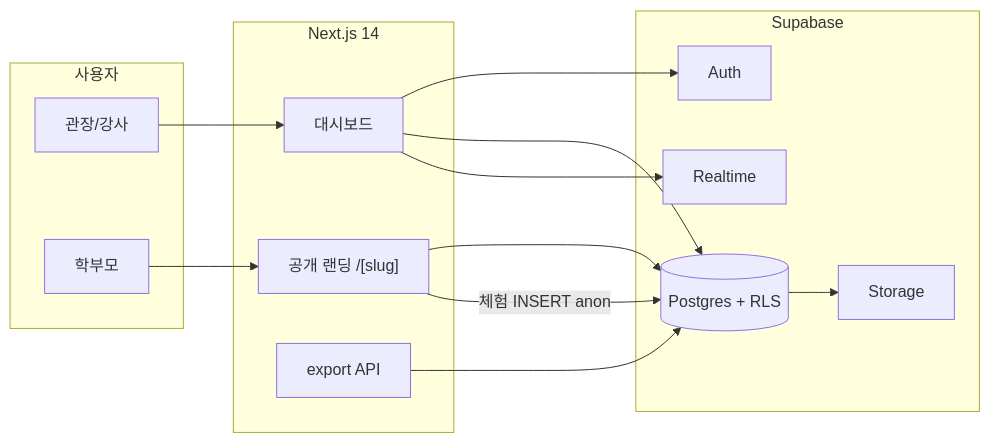
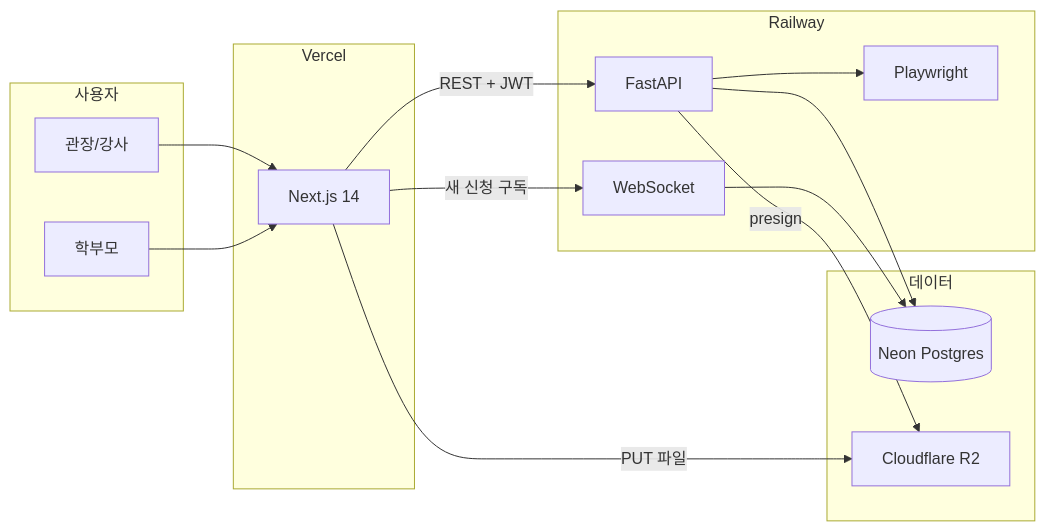
One commit to monenon-dev/pumsae changed the diagram in docs/프로젝트.md. Above: the diagram before and after it, drawn with Mermaid. The commit also changed other lines of this file and 70 other files, not shown here.

First line of the commit message:
feat: connect Next.js to FastAPI and drop Supabase

````diff
--- a/docs/프로젝트.md
+++ b/docs/프로젝트.md
@@ -102,30 +119,32 @@
 ```mermaid
 flowchart LR
   subgraph clients [사용자]
     Owner[관장/강사]
     Parent[학부모]
   end
 
-  subgraph next [Next.js 14]
-    Dash[대시보드]
-    Landing["공개 랜딩 /[slug]"]
-    Export["export API"]
+  subgraph vercel [Vercel]
+    Next[Next.js 14]
   end
 
-  subgraph supabase [Supabase]
-    Auth[Auth]
-    DB[(Postgres + RLS)]
-    RT[Realtime]
-    Storage[Storage]
+  subgraph railway [Railway]
+    API[FastAPI]
+    WS[WebSocket]
+    PW[Playwright]
   end
 
-  Owner --> Dash
-  Parent --> Landing
-  Dash --> Auth
-  Dash --> DB
-  Dash --> RT
-  Landing --> DB
-  Landing -->|"체험 INSERT anon"| DB
-  Export --> DB
-  DB --> Storage
+  subgraph data [데이터]
+    Neon[(Neon Postgres)]
+    R2[Cloudflare R2]
+  end
+
+  Owner --> Next
+  Parent --> Next
+  Next -->|"REST + JWT"| API
+  Next -->|"새 신청 구독"| WS
+  API --> Neon
+  API -->|"presign"| R2
+  Next -->|"PUT 파일"| R2
+  API --> PW
+  WS --> Neon
 ```
````
